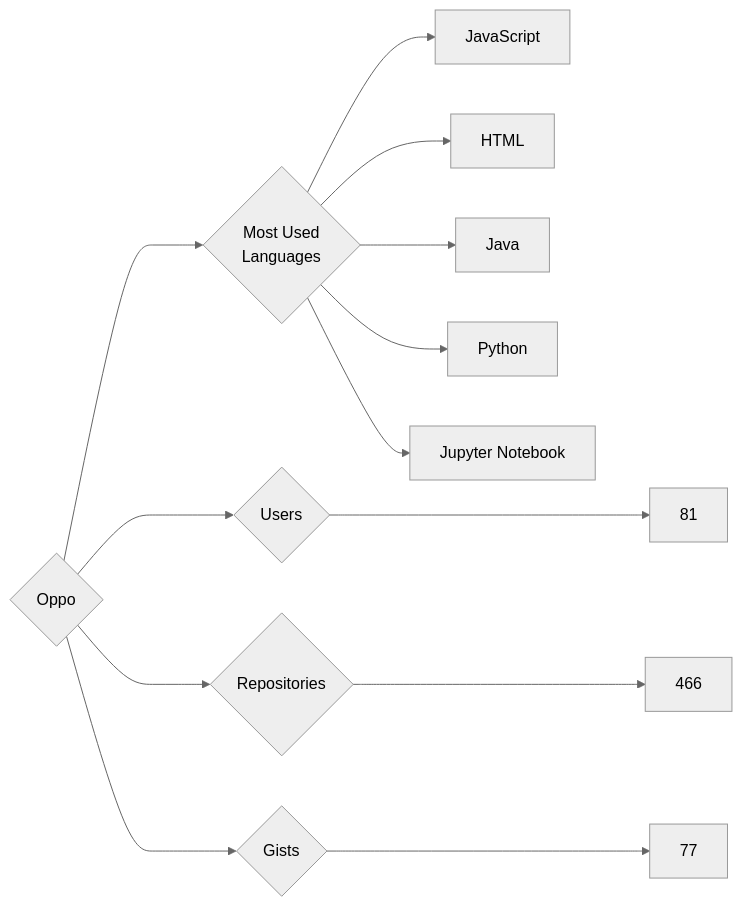
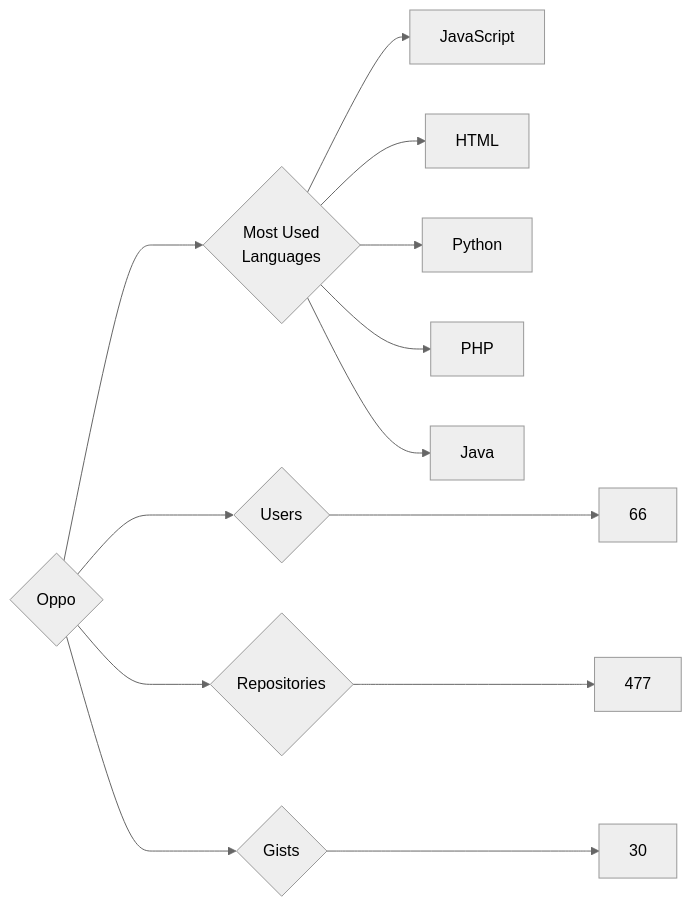
Before and after one commit to trickest/insiders: the diagram in targets/Oppo/README.md, drawn with Mermaid (neutral theme). The commit also changed 835 other files, not shown here.

````diff
--- a/targets/Oppo/README.md
+++ b/targets/Oppo/README.md
@@ -3,13 +3,13 @@
 ```mermaid
 graph LR
 COMPANY_NAME{Oppo}
-COMPANY_NAME ---> U{Users} ---> UN[81]
-COMPANY_NAME ---> R{Repositories} ---> RN[466]
-COMPANY_NAME ---> G{Gists} ---> GN[77]
+COMPANY_NAME ---> U{Users} ---> UN[66]
+COMPANY_NAME ---> R{Repositories} ---> RN[477]
+COMPANY_NAME ---> G{Gists} ---> GN[30]
 COMPANY_NAME ---> ML{Most Used<br>Languages}
 ML --> JavaScript[JavaScript]
 ML --> HTML[HTML]
+ML --> Python[Python]
+ML --> PHP[PHP]
 ML --> Java[Java]
-ML --> Python[Python]
-ML --> Jupyter_Notebook[Jupyter Notebook]
 ```
````
